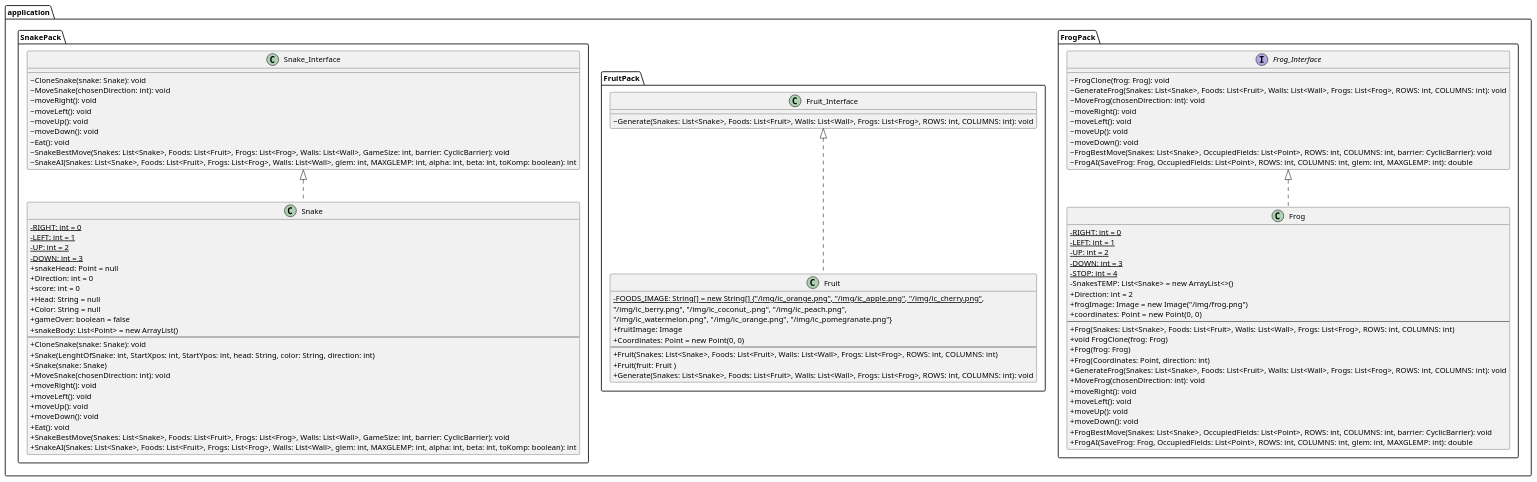
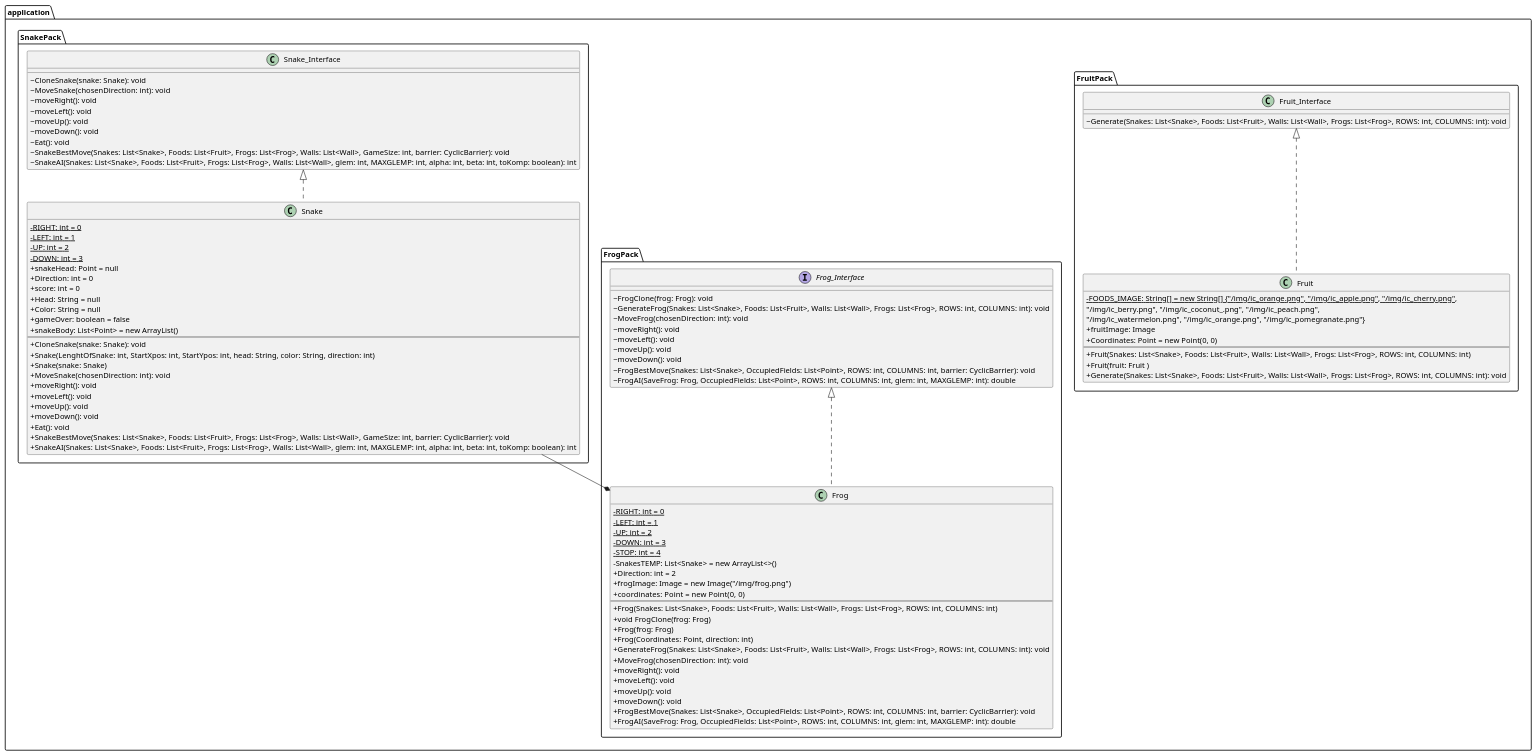
Before and after one commit to Patrycja-Kaluzna/Multithreaded-snake-game-with-AI: the diagram in src/diagram_klas_cz_3.puml, drawn with PlantUML. The commit also changed 1 other file, not shown here.

Commit message:
Corrected UML Class Diagram

```diff
--- a/src/diagram_klas_cz_3.puml
+++ b/src/diagram_klas_cz_3.puml
@@ -1,118 +1,120 @@
 @startuml
 
 skinparam classAttributeIconSize 0
 
 package "application" {
 
 package "application.FrogPack" {
 
 interface Frog_Interface {
     ~ FrogClone(frog: Frog): void
     ~ GenerateFrog(Snakes: List<Snake>, Foods: List<Fruit>, Walls: List<Wall>, Frogs: List<Frog>, ROWS: int, COLUMNS: int): void
     ~ MoveFrog(chosenDirection: int): void
     ~ moveRight(): void
     ~ moveLeft(): void
     ~ moveUp(): void
     ~ moveDown(): void
     ~ FrogBestMove(Snakes: List<Snake>, OccupiedFields: List<Point>, ROWS: int, COLUMNS: int, barrier: CyclicBarrier): void
     ~ FrogAI(SaveFrog: Frog, OccupiedFields: List<Point>, ROWS: int, COLUMNS: int, glem: int, MAXGLEMP: int): double
 }
 
 class Frog {
     - {static} RIGHT: int = 0
     - {static} LEFT: int = 1
     - {static} UP: int = 2
     - {static} DOWN: int = 3
     - {static} STOP: int = 4
     {field} - SnakesTEMP: List<Snake> = new ArrayList<>()
     + Direction: int = 2
     {field} + frogImage: Image = new Image("/img/frog.png")
     {field} + coordinates: Point  = new Point(0, 0)
     --
     + Frog(Snakes: List<Snake>, Foods: List<Fruit>, Walls: List<Wall>, Frogs: List<Frog>, ROWS: int, COLUMNS: int)
     + void FrogClone(frog: Frog)
     + Frog(frog: Frog)
     + Frog(Coordinates: Point, direction: int)
     + GenerateFrog(Snakes: List<Snake>, Foods: List<Fruit>, Walls: List<Wall>, Frogs: List<Frog>, ROWS: int, COLUMNS: int): void
     + MoveFrog(chosenDirection: int): void
     + moveRight(): void
     + moveLeft(): void
     + moveUp(): void
     + moveDown(): void
     + FrogBestMove(Snakes: List<Snake>, OccupiedFields: List<Point>, ROWS: int, COLUMNS: int, barrier: CyclicBarrier): void
     + FrogAI(SaveFrog: Frog, OccupiedFields: List<Point>, ROWS: int, COLUMNS: int, glem: int, MAXGLEMP: int): double
 }
 
 }
 
 Frog_Interface <|.. Frog
 
 package "application.FruitPack" {
 
 class Fruit_Interface {
     ~ Generate(Snakes: List<Snake>, Foods: List<Fruit>, Walls: List<Wall>, Frogs: List<Frog>, ROWS: int, COLUMNS: int): void
 }
 
 class Fruit {
     - {static} FOODS_IMAGE: String[] = new String[] {"/img/ic_orange.png", "/img/ic_apple.png", "/img/ic_cherry.png",
                                                                      "/img/ic_berry.png", "/img/ic_coconut_.png", "/img/ic_peach.png",
                                                                      "/img/ic_watermelon.png", "/img/ic_orange.png", "/img/ic_pomegranate.png"}
     + fruitImage: Image
     {field} + Coordinates: Point = new Point(0, 0)
     --
     + Fruit(Snakes: List<Snake>, Foods: List<Fruit>, Walls: List<Wall>, Frogs: List<Frog>, ROWS: int, COLUMNS: int)
     + Fruit(fruit: Fruit )
     + Generate(Snakes: List<Snake>, Foods: List<Fruit>, Walls: List<Wall>, Frogs: List<Frog>, ROWS: int, COLUMNS: int): void
 }
 
 }
 
 Fruit_Interface <|.. Fruit
 
 package "application.SnakePack" {
 
 class Snake_Interface {
     ~ CloneSnake(snake: Snake): void
     ~ MoveSnake(chosenDirection: int): void
     ~ moveRight(): void
     ~ moveLeft(): void
     ~ moveUp(): void
     ~ moveDown(): void
     ~ Eat(): void
     ~ SnakeBestMove(Snakes: List<Snake>, Foods: List<Fruit>, Frogs: List<Frog>, Walls: List<Wall>, GameSize: int, barrier: CyclicBarrier): void
     ~ SnakeAI(Snakes: List<Snake>, Foods: List<Fruit>, Frogs: List<Frog>, Walls: List<Wall>, glem: int, MAXGLEMP: int, alpha: int, beta: int, toKomp: boolean): int
 }
 
 class Snake {
     - {static} RIGHT: int = 0
     - {static} LEFT: int = 1
     - {static} UP: int = 2
     - {static} DOWN: int = 3
     + snakeHead: Point = null
     + Direction: int = 0
     + score: int = 0
     + Head: String = null
     + Color: String = null
     + gameOver: boolean = false
     {field} + snakeBody: List<Point> = new ArrayList()
     --
     + CloneSnake(snake: Snake): void
     + Snake(LenghtOfSnake: int, StartXpos: int, StartYpos: int, head: String, color: String, direction: int)
     + Snake(snake: Snake)
     + MoveSnake(chosenDirection: int): void
     + moveRight(): void
     + moveLeft(): void
     + moveUp(): void
     + moveDown(): void
     + Eat(): void
     + SnakeBestMove(Snakes: List<Snake>, Foods: List<Fruit>, Frogs: List<Frog>, Walls: List<Wall>, GameSize: int, barrier: CyclicBarrier): void
     + SnakeAI(Snakes: List<Snake>, Foods: List<Fruit>, Frogs: List<Frog>, Walls: List<Wall>, glem: int, MAXGLEMP: int, alpha: int, beta: int, toKomp: boolean): int
 }
 
 }
 
 Snake_Interface <|.. Snake
 
+Snake --* Frog
+
 }
 
 @enduml
```
